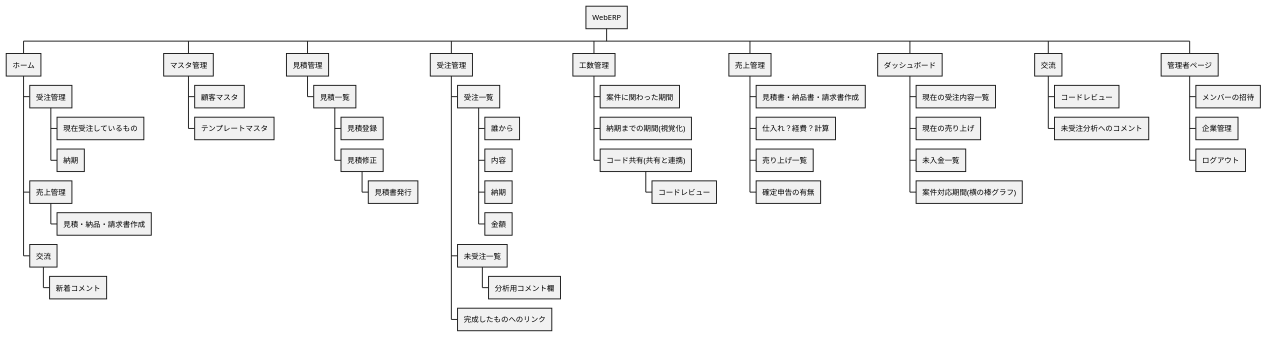
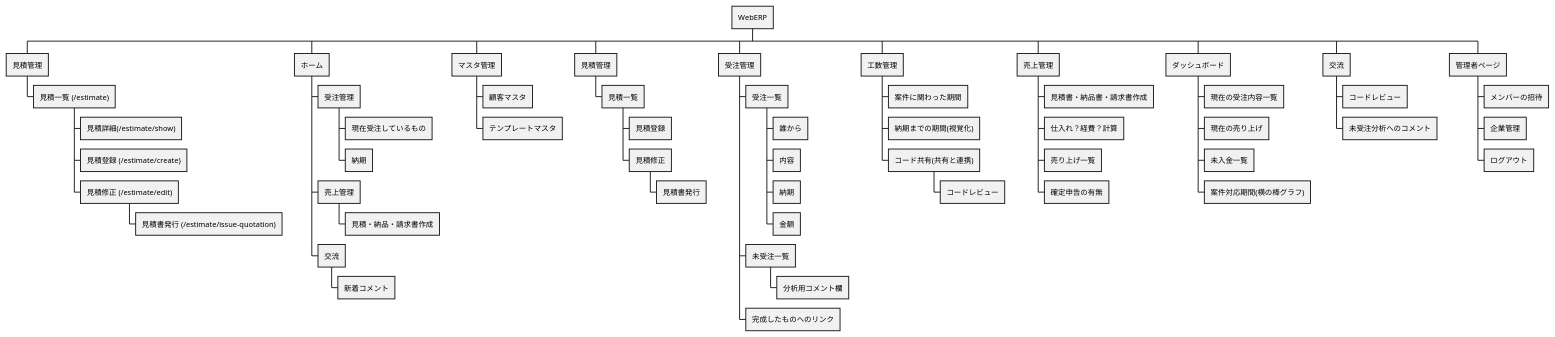
One commit to CoopTechOrg/WebERP changed the diagram in docs/SiteMap.puml. Above: the diagram before and after it, drawn with PlantUML.

Commit message:
Update SiteMap 見積詳細画面のURI追加

```diff
--- a/docs/SiteMap.puml
+++ b/docs/SiteMap.puml
@@ -1,61 +1,68 @@
 @startwbs
 'https://plantuml.com/wbs-diagram
 
 * WebERP
+
+** 見積管理
+*** 見積一覧 (/estimate)
+**** 見積詳細(/estimate/show)
+**** 見積登録 (/estimate/create)
+**** 見積修正 (/estimate/edit)
+***** 見積書発行 (/estimate/issue-quotation)
 
 ** ホーム
 *** 受注管理
 **** 現在受注しているもの
 **** 納期
 *** 売上管理
 **** 見積・納品・請求書作成
 *** 交流
 **** 新着コメント
 
 ** マスタ管理
 *** 顧客マスタ
 *** テンプレートマスタ
 
 ** 見積管理
 *** 見積一覧
 **** 見積登録
 **** 見積修正
 ***** 見積書発行
 
 ** 受注管理
 *** 受注一覧
 **** 誰から
 **** 内容
 **** 納期
 **** 金額
 *** 未受注一覧
 **** 分析用コメント欄
 *** 完成したものへのリンク
 
 ** 工数管理
 *** 案件に関わった期間
 *** 納期までの期間(視覚化)
 *** コード共有(共有と連携)
 **** コードレビュー
 
 ** 売上管理
 *** 見積書・納品書・請求書作成
 *** 仕入れ？経費？計算
 *** 売り上げ一覧
 *** 確定申告の有無
 
 ** ダッシュボード
 *** 現在の受注内容一覧
 *** 現在の売り上げ
 *** 未入金一覧
 *** 案件対応期間(横の棒グラフ)
 
 ** 交流
 *** コードレビュー
 *** 未受注分析へのコメント
 
 ** 管理者ページ
 *** メンバーの招待
 *** 企業管理
 *** ログアウト
 @endwbs
```
